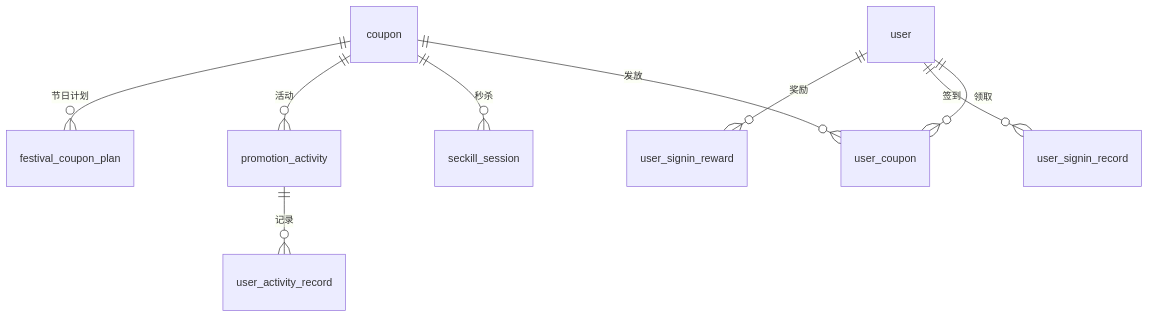
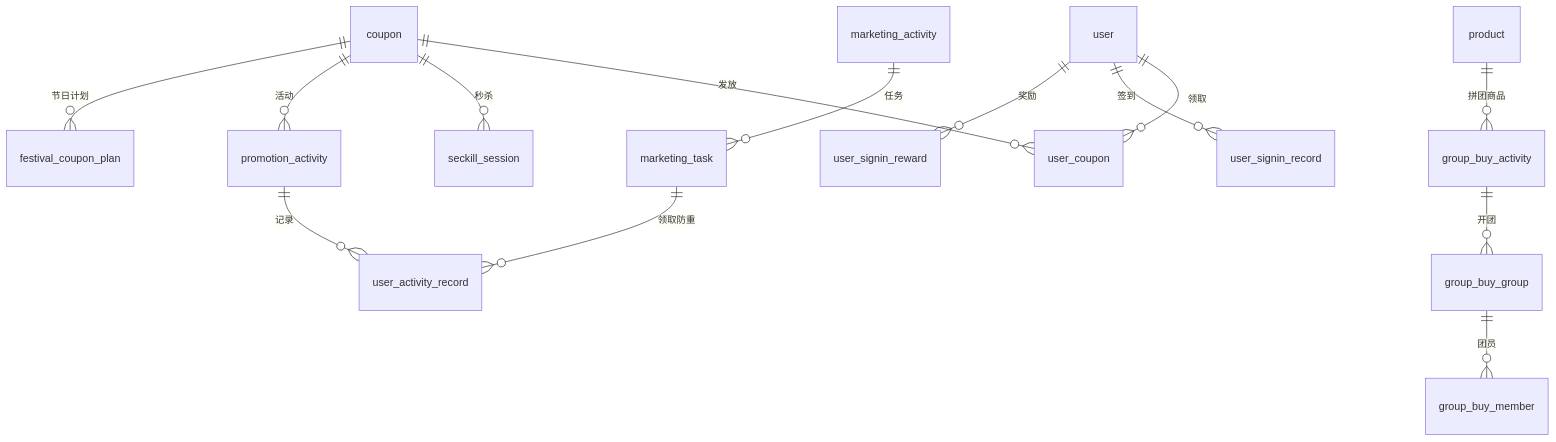
The sixth of 12 diagrams in docs/数据库设计文档.md (shuxinwu718-web/Eshop_front), drawn with Mermaid before and after one commit. The commit also changed other lines of this file and 86 other files, not shown here.

````diff
--- a/docs/数据库设计文档.md
+++ b/docs/数据库设计文档.md
@@ -593,11 +629,16 @@
 ```mermaid
 erDiagram
     coupon ||--o{ user_coupon : "发放"
     user ||--o{ user_coupon : "领取"
     coupon ||--o{ seckill_session : "秒杀"
     coupon ||--o{ promotion_activity : "活动"
+    marketing_activity ||--o{ marketing_task : "任务"
+    marketing_task ||--o{ user_activity_record : "领取防重"
     coupon ||--o{ festival_coupon_plan : "节日计划"
     promotion_activity ||--o{ user_activity_record : "记录"
     user ||--o{ user_signin_record : "签到"
     user ||--o{ user_signin_reward : "奖励"
+    product ||--o{ group_buy_activity : "拼团商品"
+    group_buy_activity ||--o{ group_buy_group : "开团"
+    group_buy_group ||--o{ group_buy_member : "团员"
 ```
````
